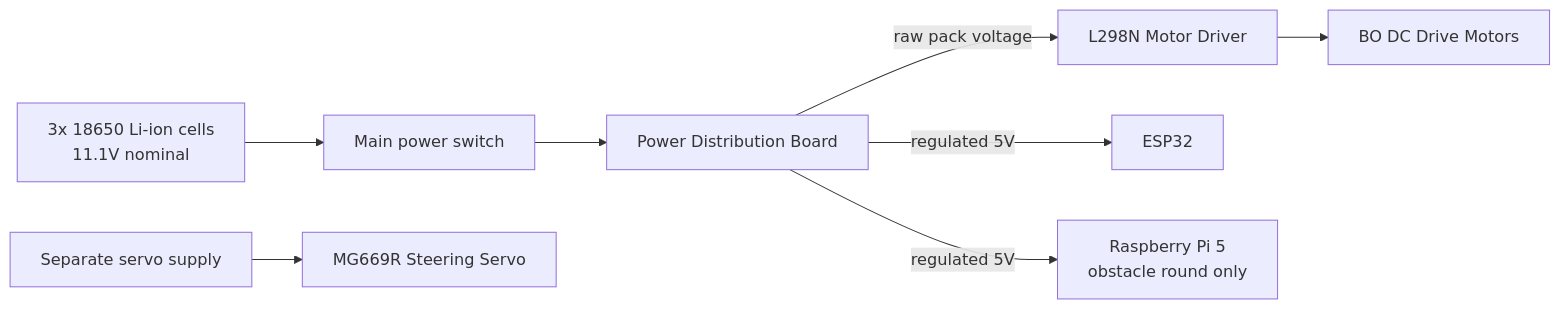
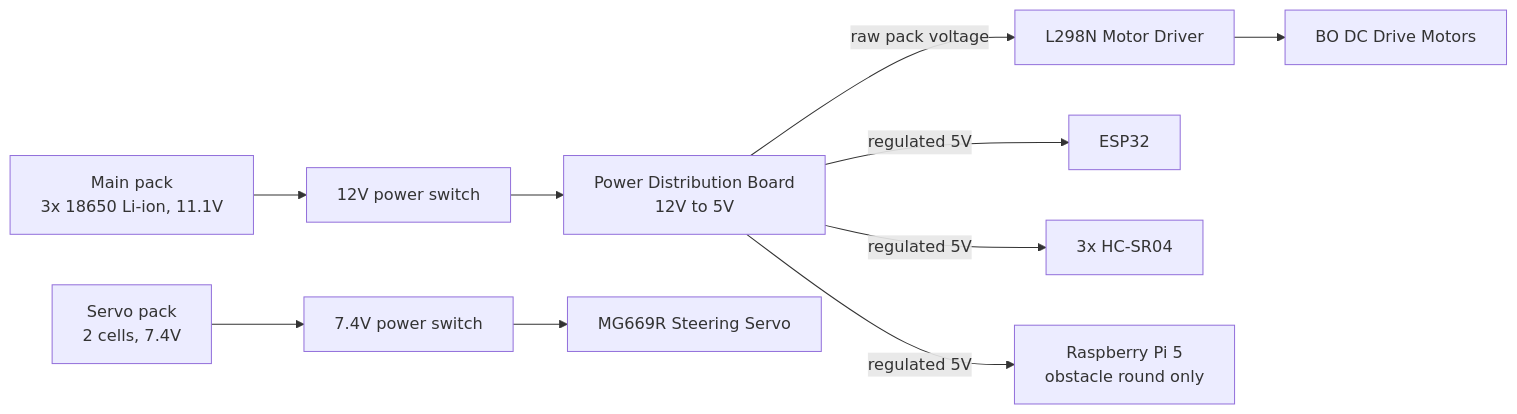
The first of 4 diagrams in README.md (BMWareSPEEDY/WRO_yo_error_404), drawn with Mermaid before and after one commit. The commit also changed other lines of this file and 6 other files, not shown here.

First line of the commit message:
Replace the schematics with the new KiCad 10 sheets

````diff
--- a/README.md
+++ b/README.md
@@ -244,13 +244,15 @@
 ```mermaid
 flowchart LR
-    BAT[3x 18650 Li-ion cells<br/>11.1V nominal] --> SW[Main power switch]
-    SW --> PDB[Power Distribution Board]
+    BAT[Main pack<br/>3x 18650 Li-ion, 11.1V] --> SW3[12V power switch]
+    SW3 --> PDB[Power Distribution Board<br/>12V to 5V]
 
     PDB -->|raw pack voltage| L298[L298N Motor Driver]
     L298 --> MOT[BO DC Drive Motors]
 
     PDB -->|regulated 5V| ESP[ESP32]
+    PDB -->|regulated 5V| SENS[3x HC-SR04]
     PDB -->|regulated 5V| PI[Raspberry Pi 5<br/>obstacle round only]
 
-    SRVBAT[Separate servo supply] --> SRV[MG669R Steering Servo]
+    SBAT[Servo pack<br/>2 cells, 7.4V] --> SW2[7.4V power switch]
+    SW2 --> SRV[MG669R Steering Servo]
 ```
````
